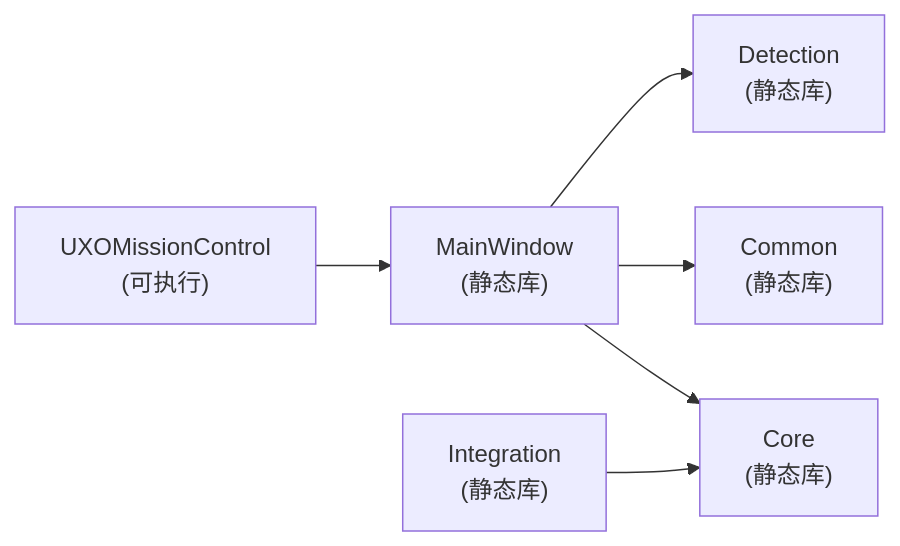
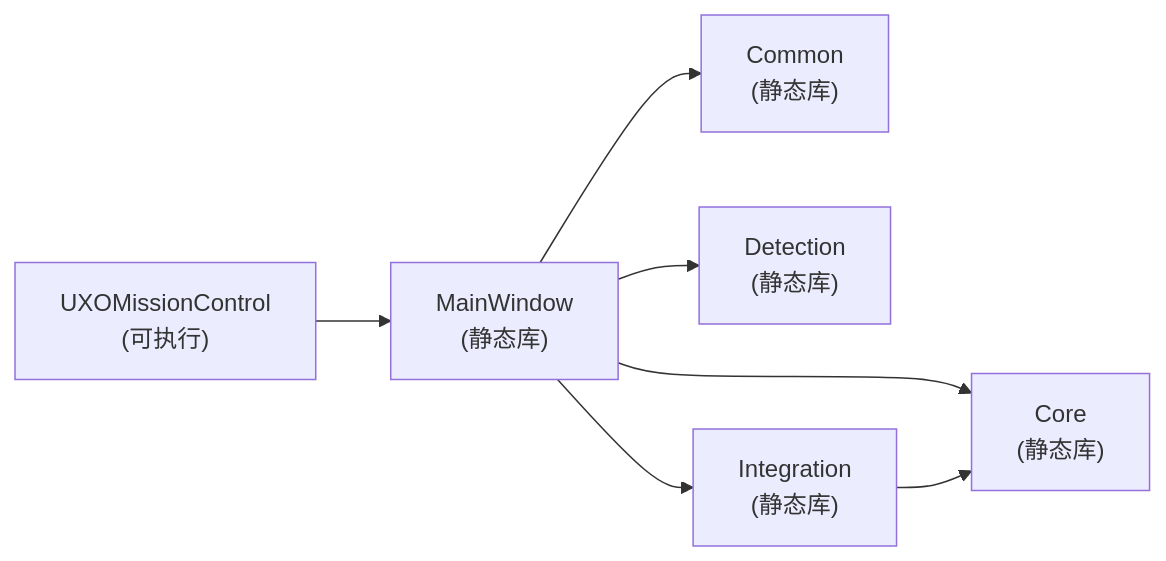
One commit to wbzzzd/UXO_v1 changed the first of 3 diagrams in docs/ARCHITECTURE.md. Above: the diagram before and after it, drawn with Mermaid. The commit also changed other lines of this file and 14 other files, not shown here.

Commit message:
实现 REQ-013 统计页数据平台可视化：聚合层/QThread 控制器/三态视图与核心文档回写（W1–W4）

````diff
--- a/docs/ARCHITECTURE.md
+++ b/docs/ARCHITECTURE.md
@@ -24,8 +24,9 @@
 ```mermaid
 flowchart LR
     App["UXOMissionControl<br/>(可执行)"] --> MainWindow["MainWindow<br/>(静态库)"]
     MainWindow --> Core["Core<br/>(静态库)"]
     MainWindow --> Common["Common<br/>(静态库)"]
     MainWindow --> Detection["Detection<br/>(静态库)"]
-    Integration["Integration<br/>(静态库)"] --> Core
+    MainWindow --> Integration["Integration<br/>(静态库)"]
+    Integration --> Core
 ```
````
